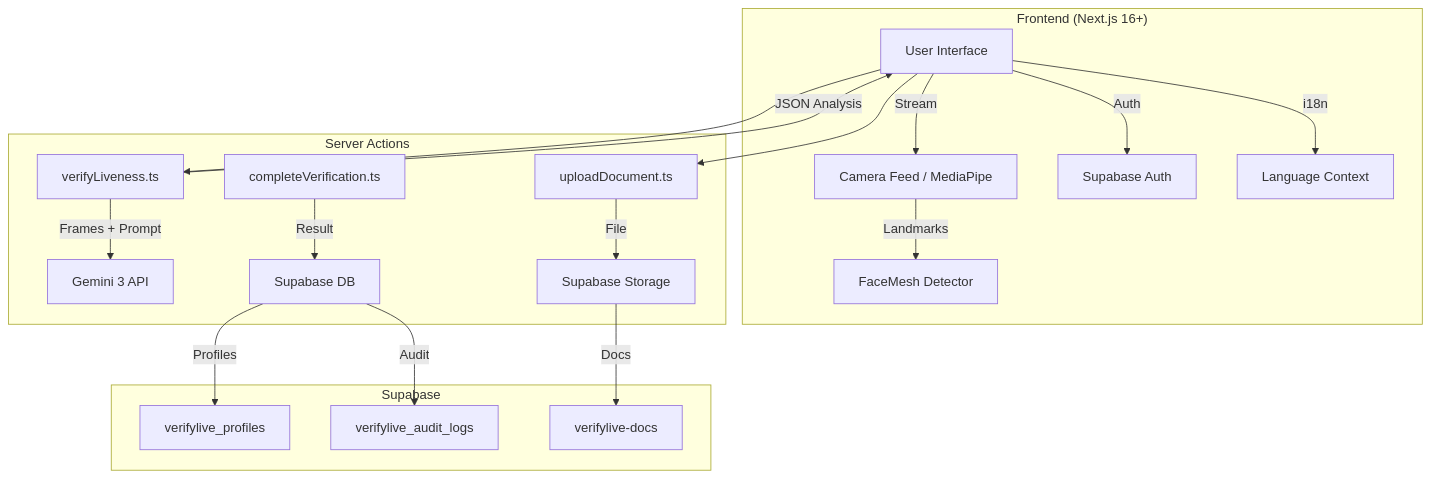
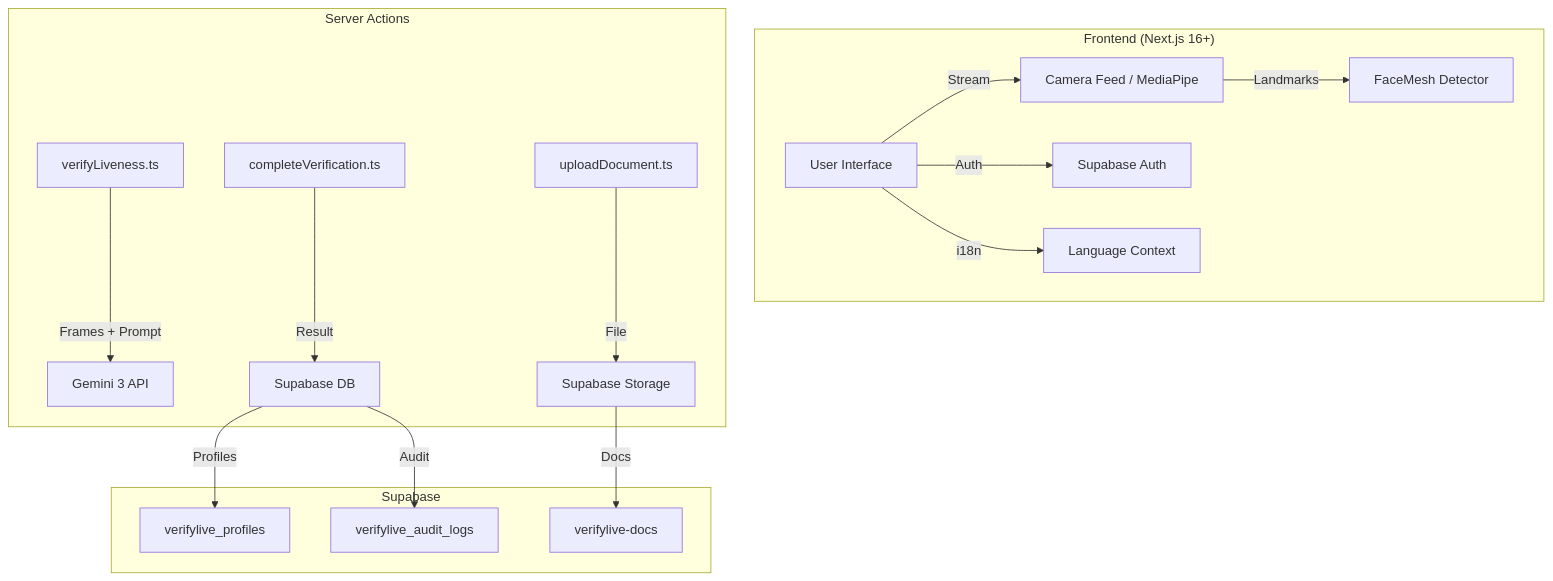
Before and after one commit to AIExxplorer/verifylive: the diagram in README.md, drawn with Mermaid. The commit also changed other lines of this file and 1 other file, not shown here.

````diff
--- a/README.md
+++ b/README.md
@@ -112,25 +114,21 @@
 ```mermaid
 graph TD
     subgraph Frontend ["Frontend (Next.js 16+)"]
         UI[User Interface] -->|Stream| Camera["Camera Feed / MediaPipe"]
         UI -->|Auth| Auth[Supabase Auth]
         UI -->|i18n| I18n[Language Context]
         Camera -->|Landmarks| FaceMesh[FaceMesh Detector]
     end
 
     subgraph Backend ["Server Actions"]
         Verify[verifyLiveness.ts] -->|Frames + Prompt| Gemini[Gemini 3 API]
         Upload[uploadDocument.ts] -->|File| Storage[Supabase Storage]
         Log[completeVerification.ts] -->|Result| DB[Supabase DB]
     end
 
     subgraph Database ["Supabase"]
         DB -->|Profiles| ProfilesTable[verifylive_profiles]
         DB -->|Audit| AuditTable[verifylive_audit_logs]
         Storage -->|Docs| DocsBucket[verifylive-docs]
     end
-
-    UI --> Verify
-    UI --> Upload
-    Verify -->|JSON Analysis| UI
 ```
````
